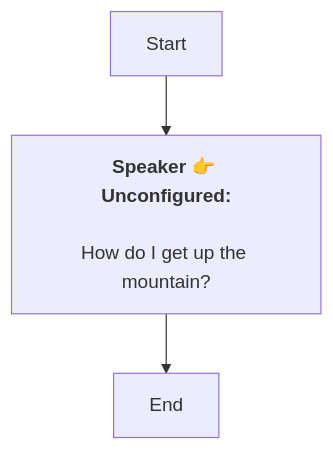
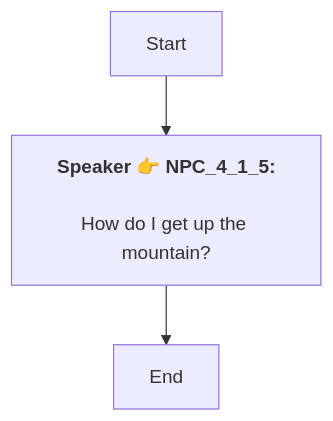
The diagram in En/Dialog_54440129066337.md (SoftHu/tos_avg), drawn with Mermaid before and after one commit. The commit also changed 737 other files, not shown here.

````diff
--- a/En/Dialog_54440129066337.md
+++ b/En/Dialog_54440129066337.md
@@ -1,8 +1,7 @@
 ```mermaid
 graph
-Start -->1742084154475777[<b>Speaker 👉 Unconfigured:</b>
-
-How do I get up the mountain?]
+Start -->1742084154475777[<b>Speaker 👉 NPC_4_1_5:</b>
+\nHow do I get up the mountain?]
 1742084154475777 -->1742084154475778[End]
 
- ```
+```
````
